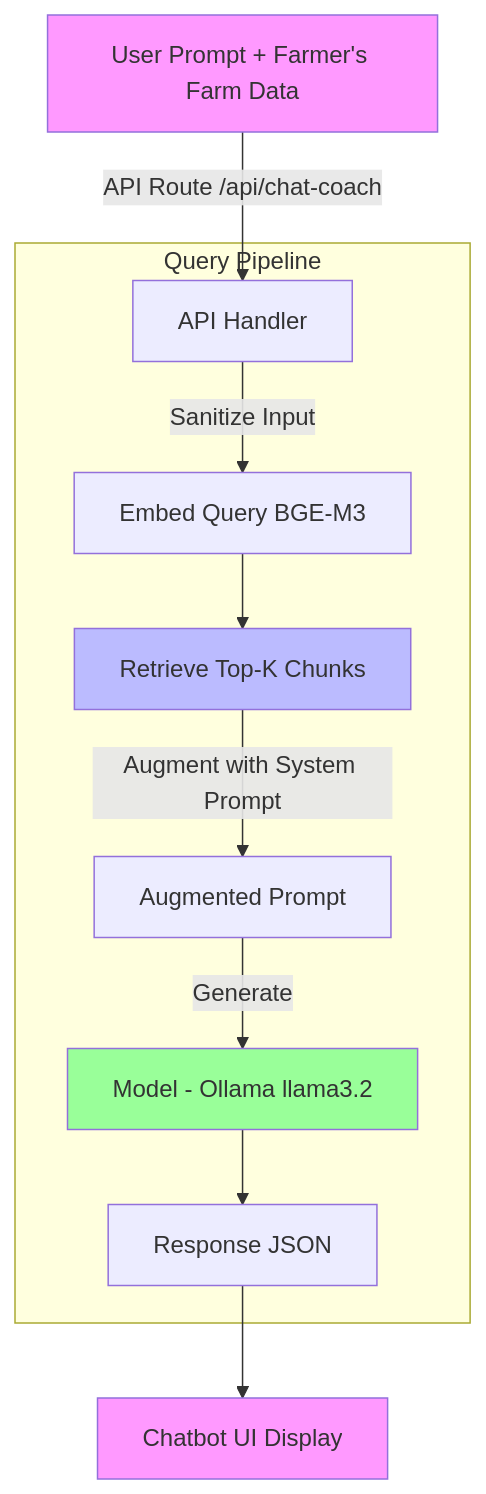
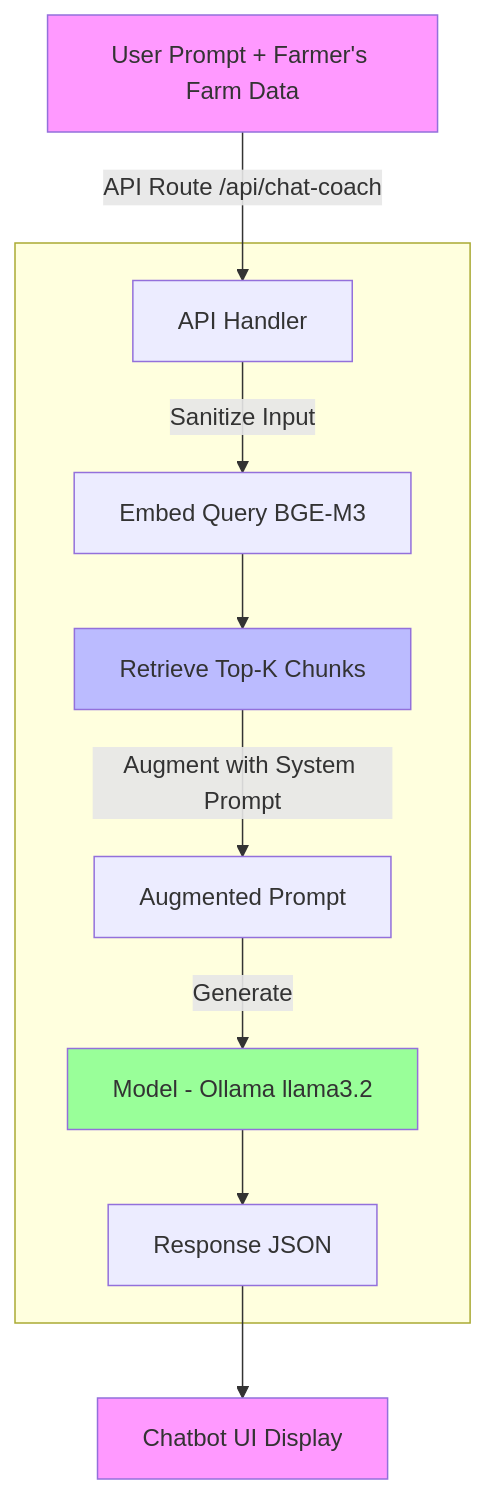
One commit to Web3-Iligan/LikAI changed the diagram in docs/ai-features.md. Above: the diagram before and after it, drawn with Mermaid.

Commit message:
Fix: correct subgraph label in AI features documentation

````diff
--- a/docs/ai-features.md
+++ b/docs/ai-features.md
@@ -61,19 +61,19 @@
 ```mermaid
 graph TD
     A[User Prompt + Farmer's Farm Data] -->|API Route /api/chat-coach| B[API Handler]
 
-    subgraph Query Pipeline
+    subgraph  
         B -->|Sanitize Input| C[Embed Query BGE-M3]
         C --> D[Retrieve Top-K Chunks]
         D -->|Augment with System Prompt| F[Augmented Prompt]
         F -->|Generate| G[Model - Ollama llama3.2]
         G --> H[Response JSON]
     end
 
     H --> I[Chatbot UI Display]
 
     style A fill:#f9f
     style I fill:#f9f
     style D fill:#bbf
     style G fill:#9f9
 ```
````
